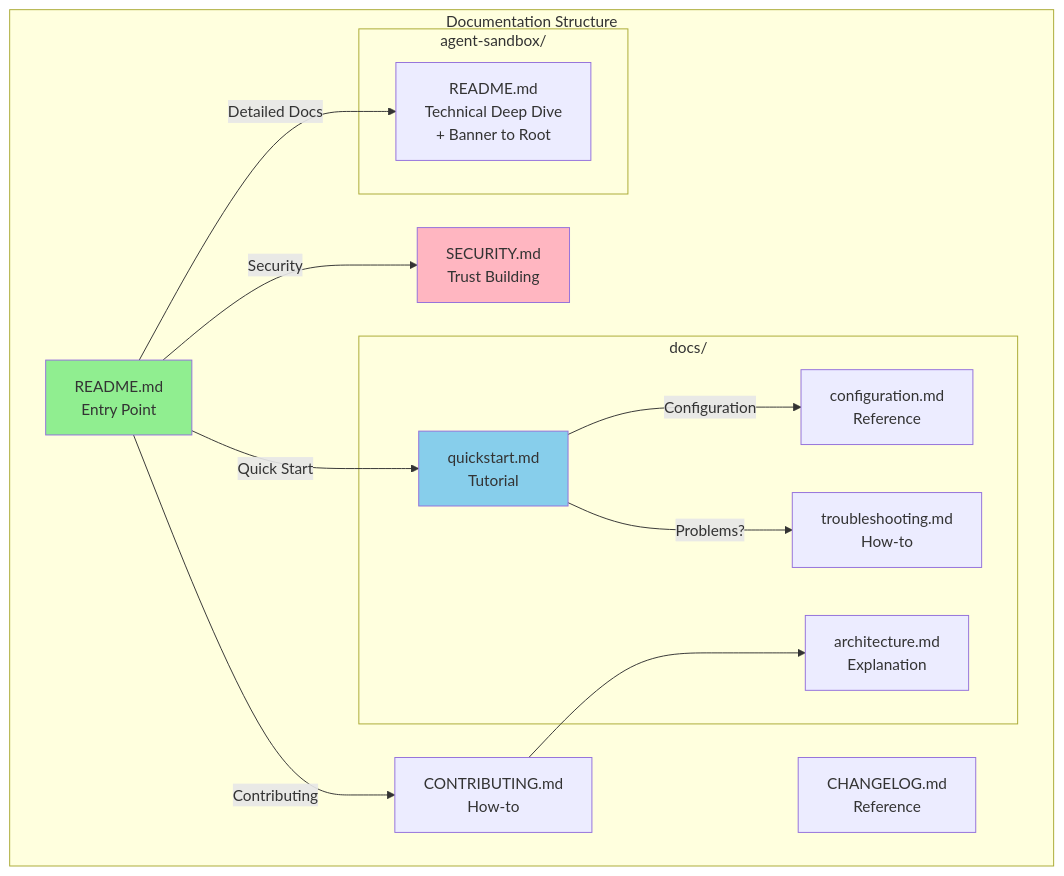
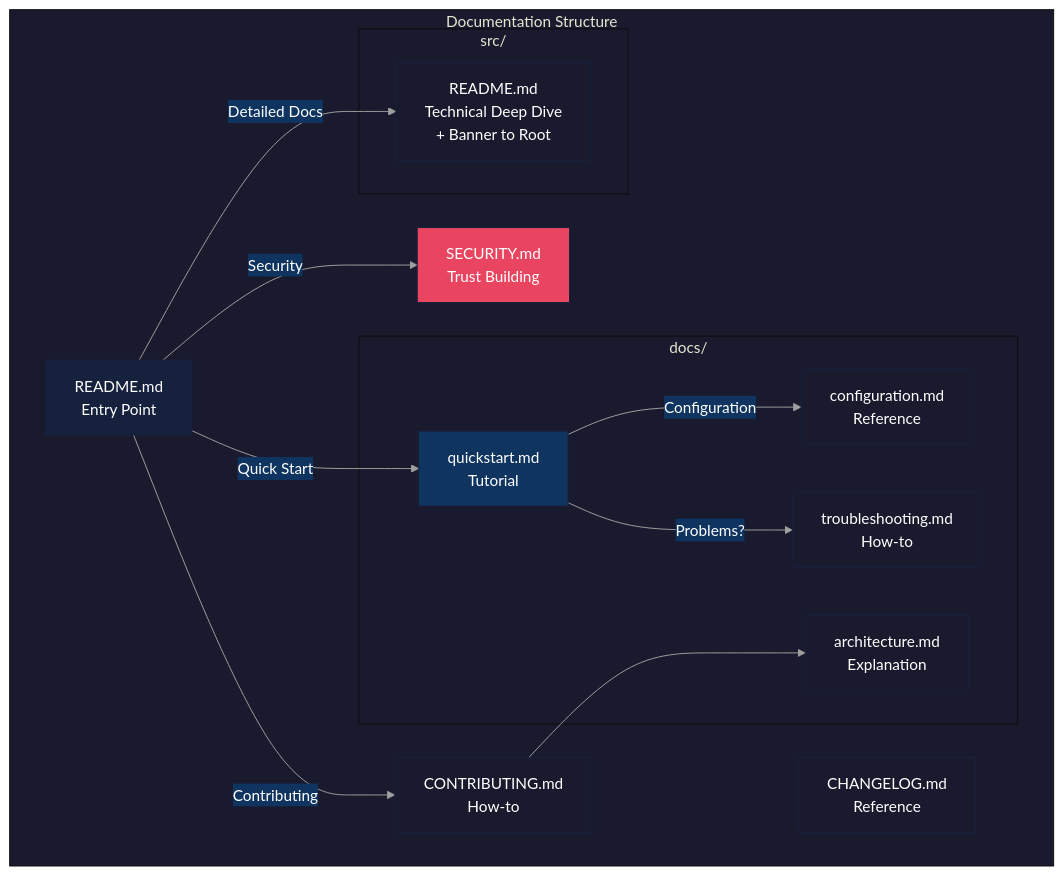
One commit to novotnyllc/ContainAI changed the diagram in .flow/specs/fn-7-j5o.md. Above: the diagram before and after it, drawn with Mermaid. The commit also changed 45 other files, not shown here.

````diff
--- a/.flow/specs/fn-7-j5o.md
+++ b/.flow/specs/fn-7-j5o.md
@@ -80,35 +80,45 @@
 ```mermaid
+%%{init: {'theme': 'base', 'themeVariables': {
+  'primaryColor': '#1a1a2e',
+  'primaryTextColor': '#ffffff',
+  'primaryBorderColor': '#16213e',
+  'secondaryColor': '#0f3460',
+  'tertiaryColor': '#1a1a2e',
+  'lineColor': '#a0a0a0',
+  'textColor': '#ffffff',
+  'background': '#0d1117'
+}}}%%
 flowchart TD
     subgraph "Documentation Structure"
         ROOT[README.md<br/>Entry Point]
         SEC[SECURITY.md<br/>Trust Building]
-        
+
         subgraph "docs/"
             QS[quickstart.md<br/>Tutorial]
             CFG[configuration.md<br/>Reference]
             TS[troubleshooting.md<br/>How-to]
             ARCH[architecture.md<br/>Explanation]
         end
-        
+
         CONTRIB[CONTRIBUTING.md<br/>How-to]
         CHANGE[CHANGELOG.md<br/>Reference]
-        
-        subgraph "agent-sandbox/"
+
+        subgraph "src/"
             EXISTING[README.md<br/>Technical Deep Dive<br/>+ Banner to Root]
         end
     end
-    
+
     ROOT --> |"Quick Start"| QS
     ROOT --> |"Security"| SEC
     ROOT --> |"Detailed Docs"| EXISTING
     ROOT --> |"Contributing"| CONTRIB
-    
+
     QS --> |"Configuration"| CFG
     QS --> |"Problems?"| TS
-    
+
     CONTRIB --> ARCH
-    
-    style ROOT fill:#90EE90
-    style SEC fill:#FFB6C1
-    style QS fill:#87CEEB
+
+    style ROOT fill:#16213e,stroke:#16213e,color:#fff
+    style SEC fill:#e94560,stroke:#16213e,color:#fff
+    style QS fill:#0f3460,stroke:#16213e,color:#fff
 ```
````
